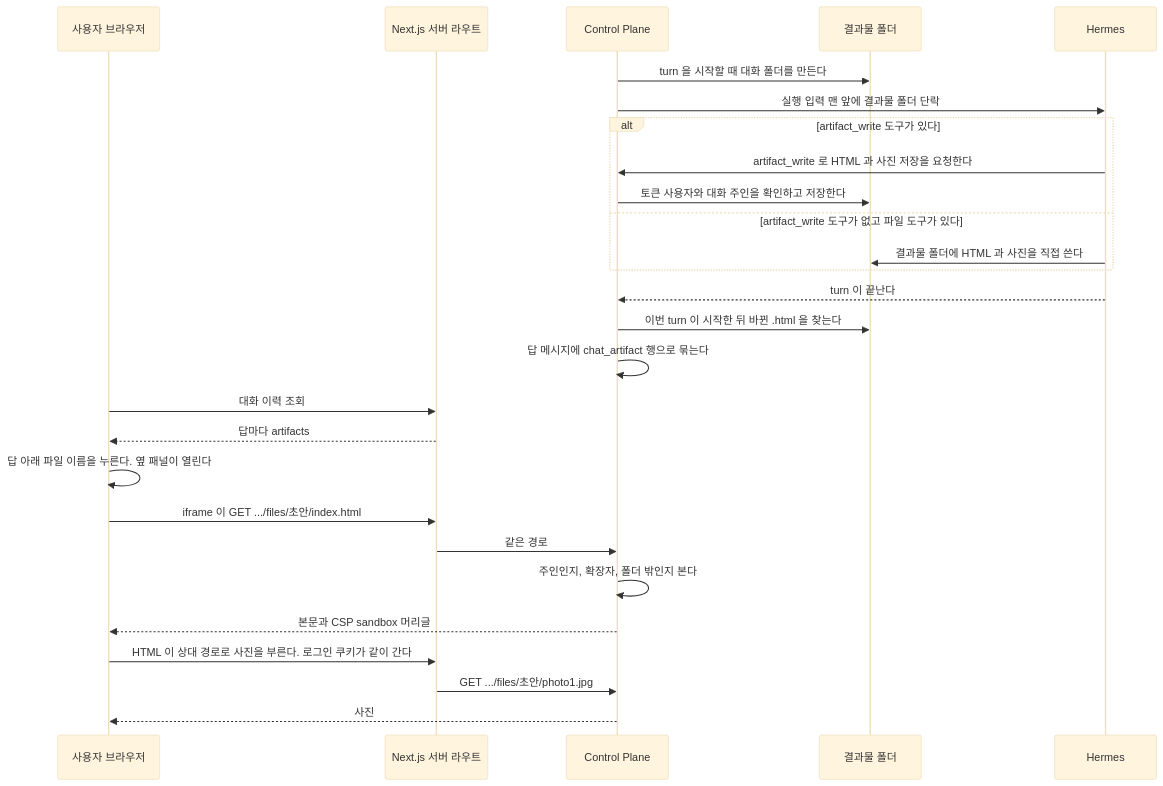
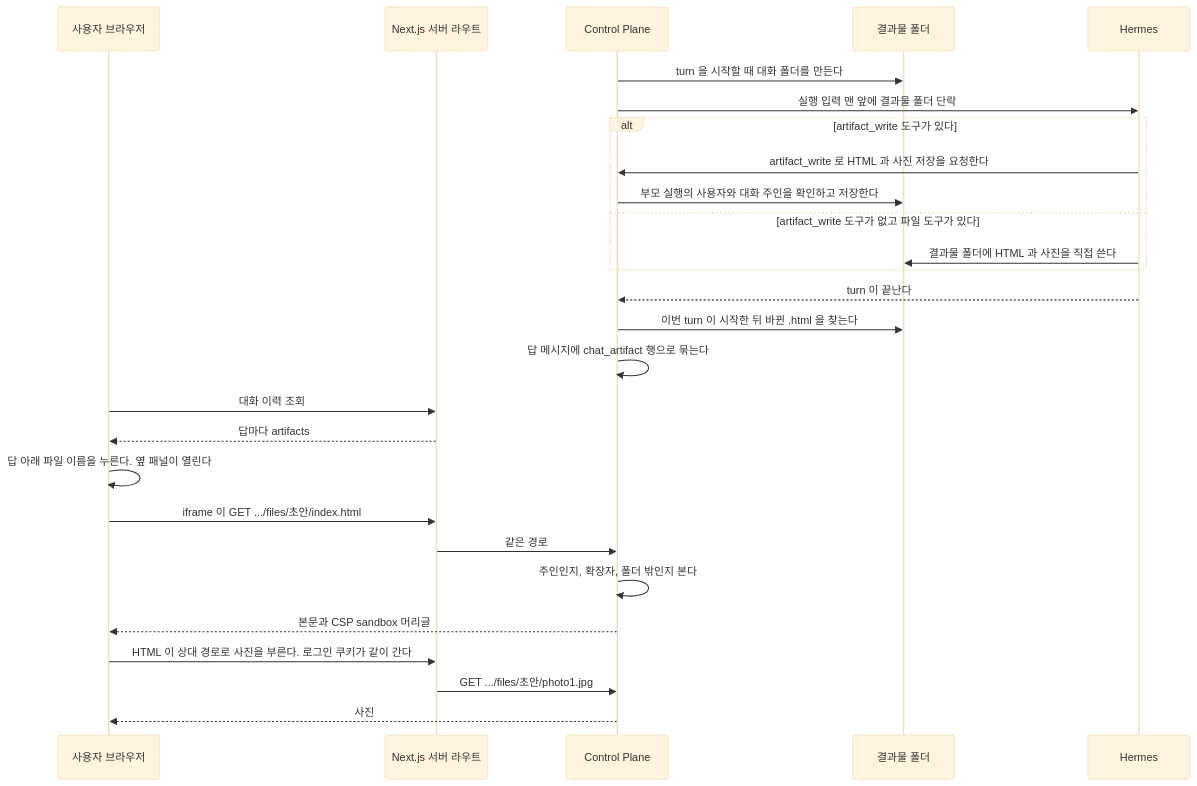
One commit to jon890/fos-assistant changed diagram 18 of 21 in docs/flow.md. Above: the diagram before and after it, drawn with Mermaid (base theme). The commit also changed other lines of this file and 10 other files, not shown here.

````diff
--- a/docs/flow.md
+++ b/docs/flow.md
@@ -1057,30 +1123,30 @@
 ```mermaid
 sequenceDiagram
     participant U as 사용자 브라우저
     participant W as Next.js 서버 라우트
     participant C as Control Plane
     participant D as 결과물 폴더
     participant H as Hermes
 
     C->>D: turn 을 시작할 때 대화 폴더를 만든다
     C->>H: 실행 입력 맨 앞에 결과물 폴더 단락
     alt artifact_write 도구가 있다
         H->>C: artifact_write 로 HTML 과 사진 저장을 요청한다
-        C->>D: 토큰 사용자와 대화 주인을 확인하고 저장한다
+        C->>D: 부모 실행의 사용자와 대화 주인을 확인하고 저장한다
     else artifact_write 도구가 없고 파일 도구가 있다
         H->>D: 결과물 폴더에 HTML 과 사진을 직접 쓴다
     end
     H-->>C: turn 이 끝난다
     C->>D: 이번 turn 이 시작한 뒤 바뀐 .html 을 찾는다
     C->>C: 답 메시지에 chat_artifact 행으로 묶는다
     U->>W: 대화 이력 조회
     W-->>U: 답마다 artifacts
     U->>U: 답 아래 파일 이름을 누른다. 옆 패널이 열린다
     U->>W: iframe 이 GET .../files/초안/index.html
     W->>C: 같은 경로
     C->>C: 주인인지, 확장자, 폴더 밖인지 본다
     C-->>U: 본문과 CSP sandbox 머리글
     U->>W: HTML 이 상대 경로로 사진을 부른다. 로그인 쿠키가 같이 간다
     W->>C: GET .../files/초안/photo1.jpg
     C-->>U: 사진
 ```
````
